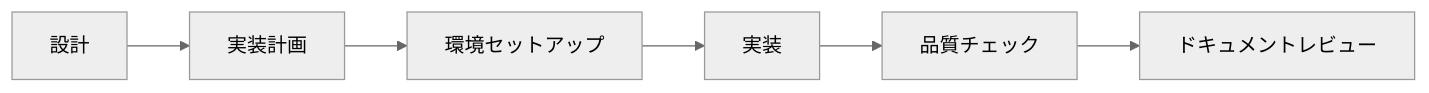
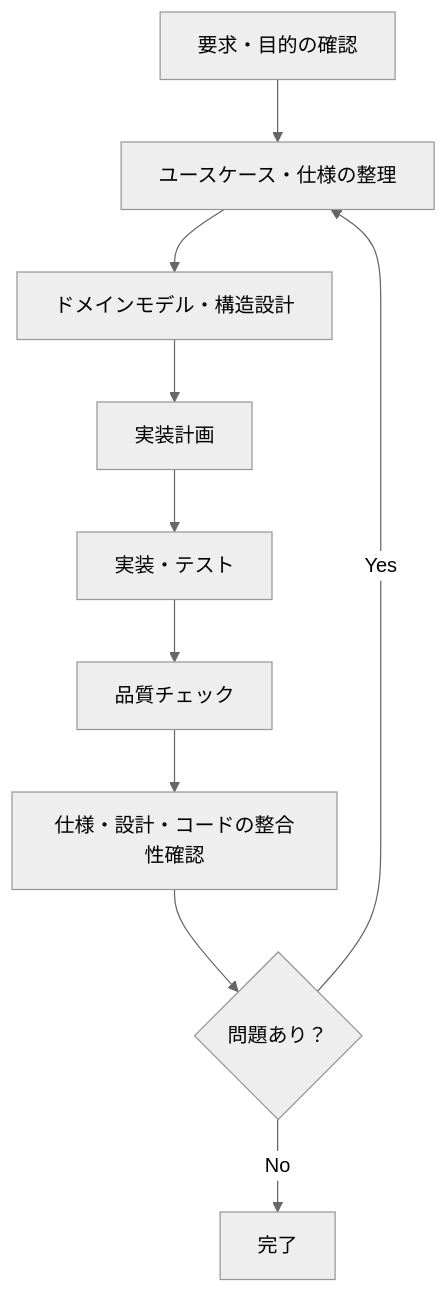
Before and after one commit to ryu1/hono-react-board-app: the first of 2 diagrams in docs/documentation-guideline.md, drawn with Mermaid (neutral theme). The commit also changed other lines of this file and 12 other files, not shown here.

````diff
--- a/docs/documentation-guideline.md
+++ b/docs/documentation-guideline.md
@@ -188,8 +333,12 @@
 ```mermaid
-flowchart LR
-    A[設計] --> B[実装計画]
-    B --> C[環境セットアップ]
-    C --> D[実装]
-    D --> E[品質チェック]
-    E --> F[ドキュメントレビュー]
+flowchart TD
+    A["要求・目的の確認"] --> B["ユースケース・仕様の整理"]
+    B --> C["ドメインモデル・構造設計"]
+    C --> D["実装計画"]
+    D --> E["実装・テスト"]
+    E --> F["品質チェック"]
+    F --> G["仕様・設計・コードの整合性確認"]
+    G --> H{"問題あり？"}
+    H -->|Yes| B
+    H -->|No| I["完了"]
 ```
````
